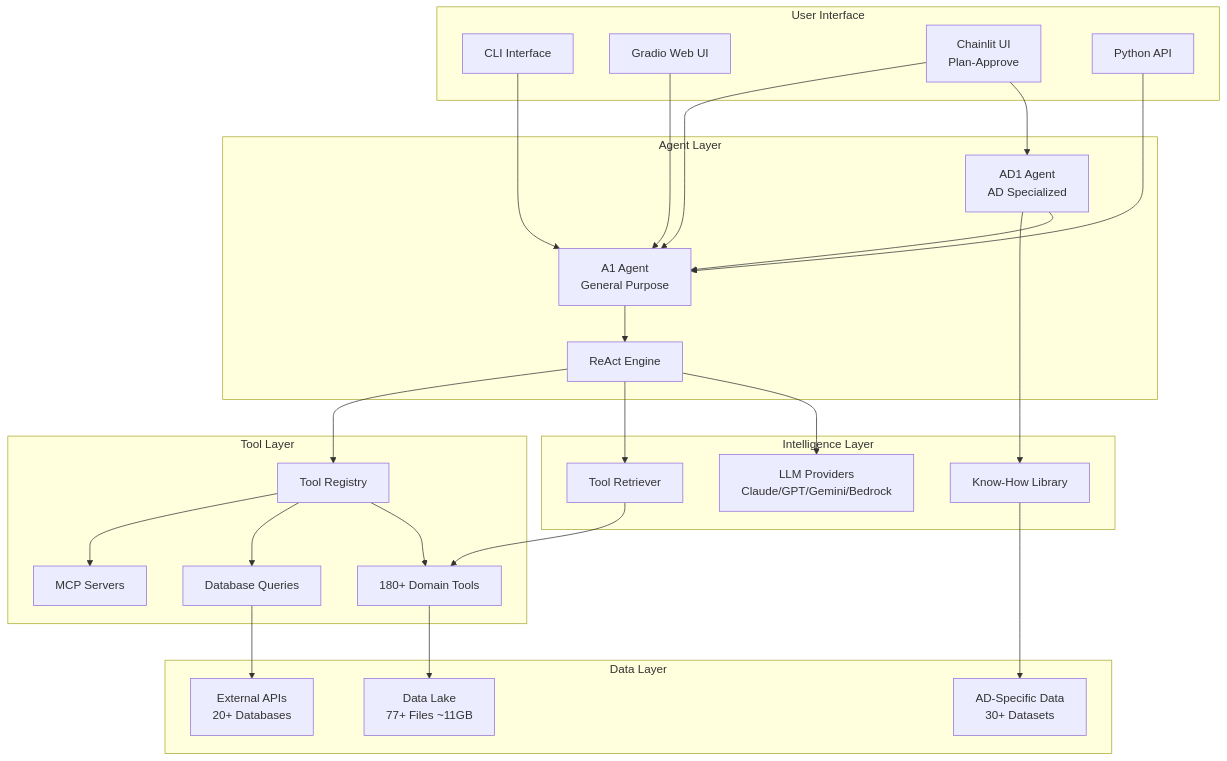
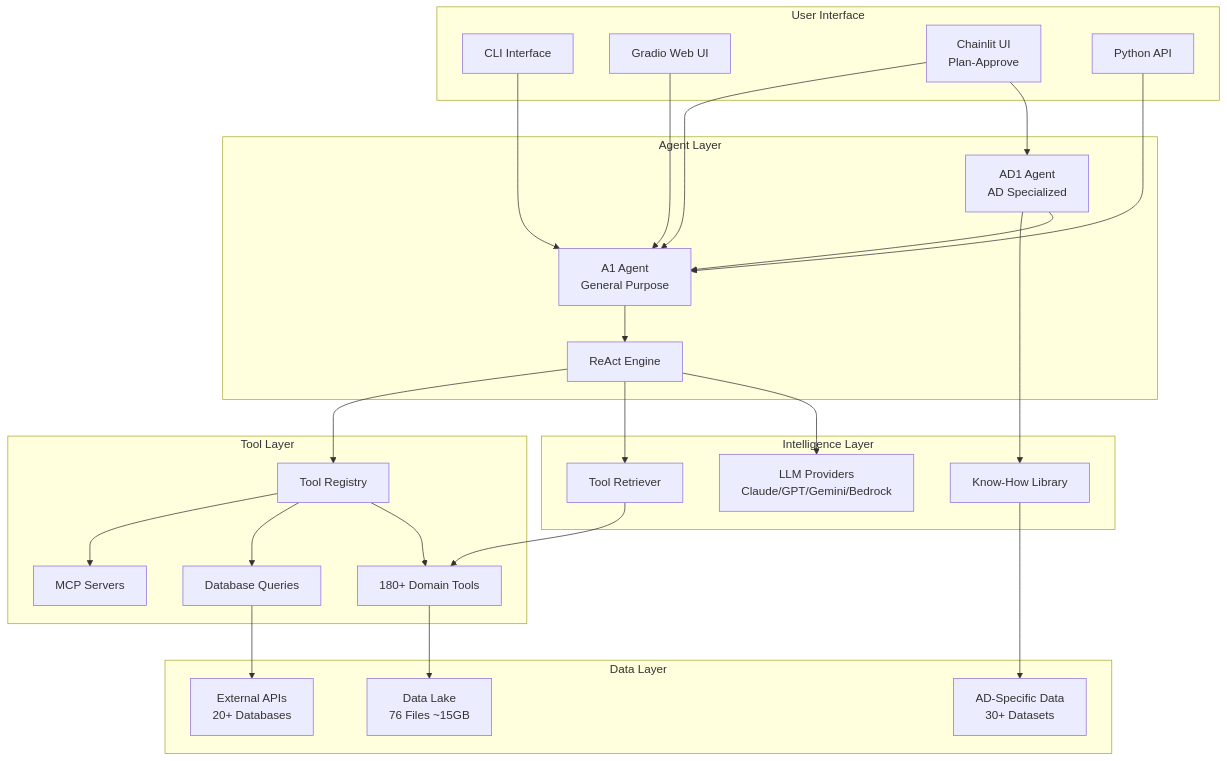
One commit to Kaimen-Inc/Biomni-AD changed the first of 3 diagrams in ARCHITECTURE.md. Above: the diagram before and after it, drawn with Mermaid. The commit also changed other lines of this file and 4 other files, not shown here.

````diff
--- a/ARCHITECTURE.md
+++ b/ARCHITECTURE.md
@@ -31,53 +31,53 @@
 ```mermaid
 graph TB
     subgraph User Interface
         CLI[CLI Interface]
         Gradio[Gradio Web UI]
         Chainlit[Chainlit UI<br/>Plan-Approve]
         API[Python API]
     end
 
     subgraph Agent Layer
         A1[A1 Agent<br/>General Purpose]
         AD1[AD1 Agent<br/>AD Specialized]
         ReAct[ReAct Engine]
     end
 
     subgraph Intelligence Layer
         LLM[LLM Providers<br/>Claude/GPT/Gemini/Bedrock]
         Retriever[Tool Retriever]
         KnowHow[Know-How Library]
     end
 
     subgraph Tool Layer
         ToolRegistry[Tool Registry]
         Tools[180+ Domain Tools]
         Database[Database Queries]
         MCP[MCP Servers]
     end
 
     subgraph Data Layer
-        DataLake[Data Lake<br/>77+ Files ~11GB]
+        DataLake[Data Lake<br/>76 Files ~15GB]
         ADData[AD-Specific Data<br/>30+ Datasets]
         External[External APIs<br/>20+ Databases]
     end
 
     CLI --> A1
     Gradio --> A1
     Chainlit --> AD1
     Chainlit --> A1
     API --> A1
     A1 --> ReAct
     AD1 --> A1
     AD1 --> KnowHow
     ReAct --> LLM
     ReAct --> Retriever
     ReAct --> ToolRegistry
     Retriever --> Tools
     ToolRegistry --> Tools
     ToolRegistry --> Database
     ToolRegistry --> MCP
     Tools --> DataLake
     Database --> External
     KnowHow --> ADData
 ```
````
